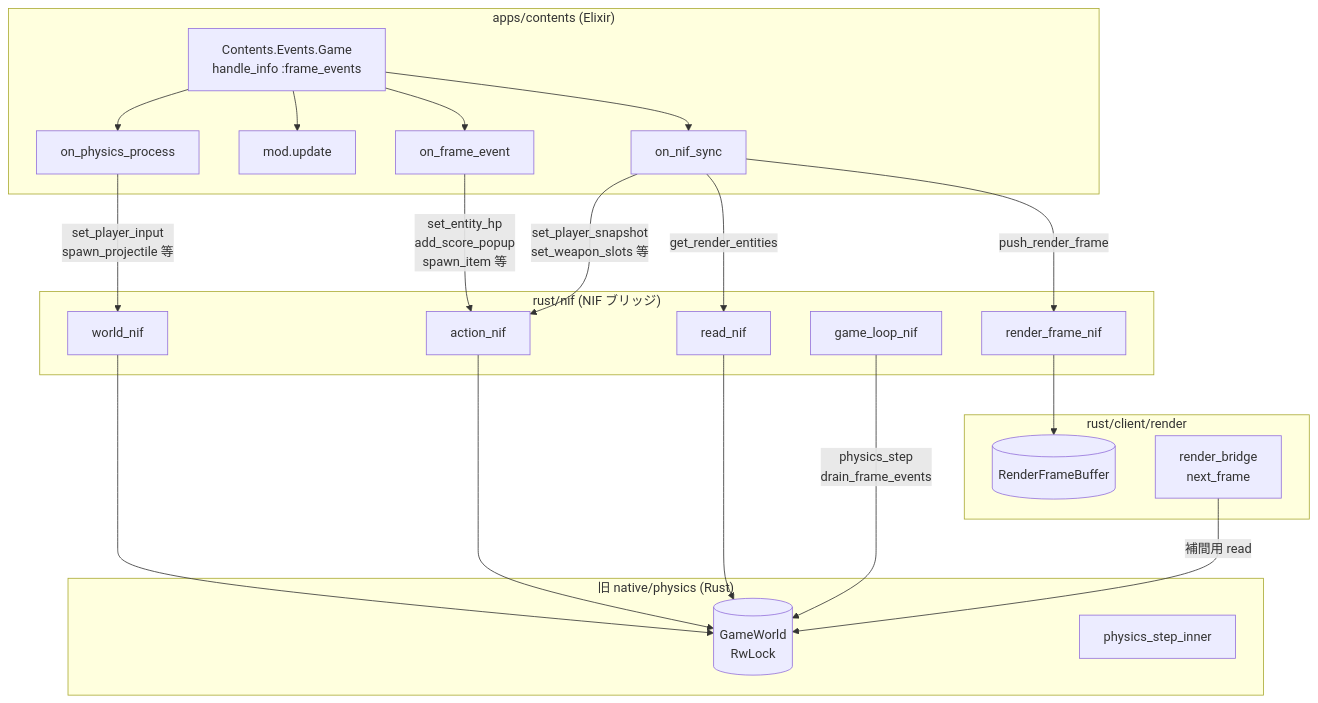
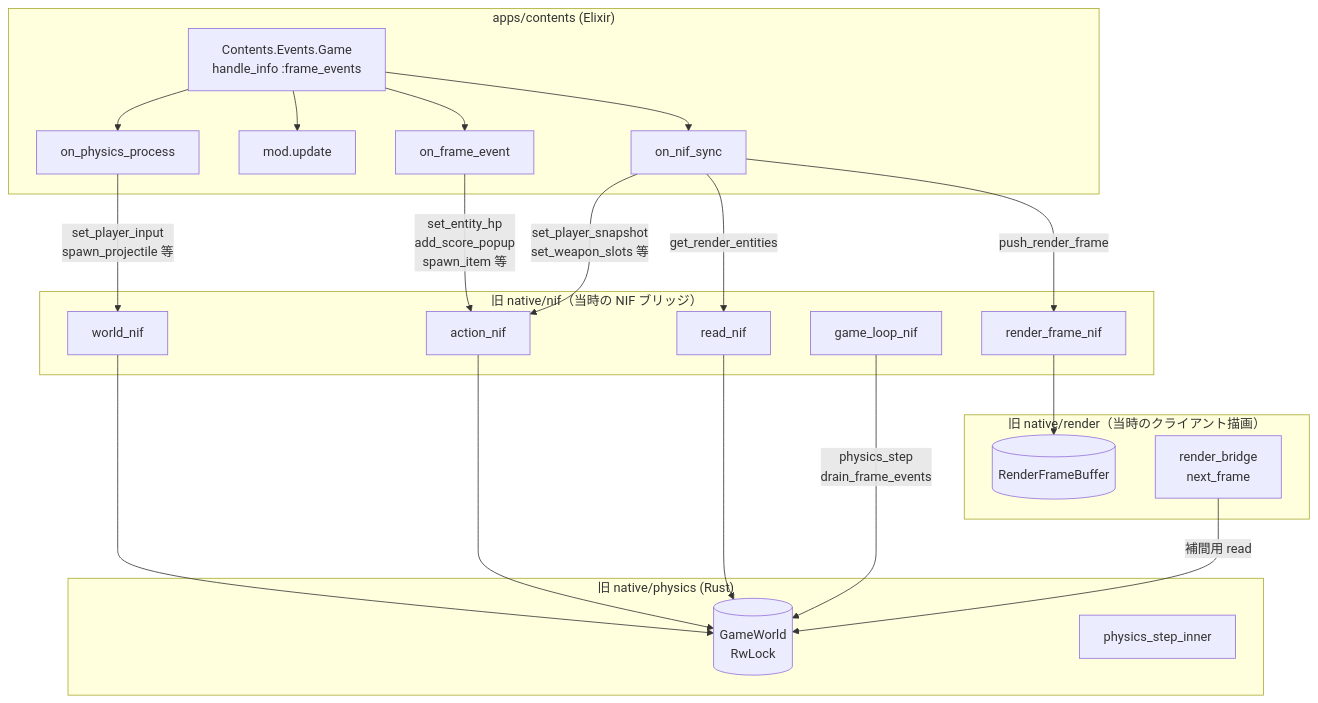
One commit to FRICK-ELDY/alchemy-engine changed the first of 7 diagrams in docs/architecture/contents-to-physics-bottlenecks.md. Above: the diagram before and after it, drawn with Mermaid. The commit also changed other lines of this file and 15 other files, not shown here.

````diff
--- a/docs/architecture/contents-to-physics-bottlenecks.md
+++ b/docs/architecture/contents-to-physics-bottlenecks.md
@@ -12,46 +14,46 @@
 ```mermaid
 flowchart TB
     subgraph Elixir["apps/contents (Elixir)"]
         GE[Contents.Events.Game<br/>handle_info :frame_events]
         FE[on_frame_event]
         UP[mod.update]
         PP[on_physics_process]
         NS[on_nif_sync]
         
         GE --> FE
         GE --> UP
         GE --> PP
         GE --> NS
     end
     
-    subgraph NIF["rust/nif (NIF ブリッジ)"]
+    subgraph NIF["旧 native/nif（当時の NIF ブリッジ）"]
         WN[world_nif]
         AN[action_nif]
         RN[read_nif]
         RFN[render_frame_nif]
         GL[game_loop_nif]
     end
     
     subgraph Physics["旧 native/physics (Rust)"]
         GW[(GameWorld<br/>RwLock)]
         PS[physics_step_inner]
     end
     
-    subgraph Render["rust/client/render"]
+    subgraph Render["旧 native/render（当時のクライアント描画）"]
         RFB[(RenderFrameBuffer)]
         RB[render_bridge<br/>next_frame]
     end
     
     FE --> |set_entity_hp<br/>add_score_popup<br/>spawn_item 等| AN
     PP --> |set_player_input<br/>spawn_projectile 等| WN
     NS --> |set_player_snapshot<br/>set_weapon_slots 等| AN
     NS --> |get_render_entities| RN
     NS --> |push_render_frame| RFN
     
     WN --> GW
     AN --> GW
     RN --> GW
     GL --> |physics_step<br/>drain_frame_events| GW
     RFN --> RFB
     RB --> |補間用 read| GW
 ```
````
